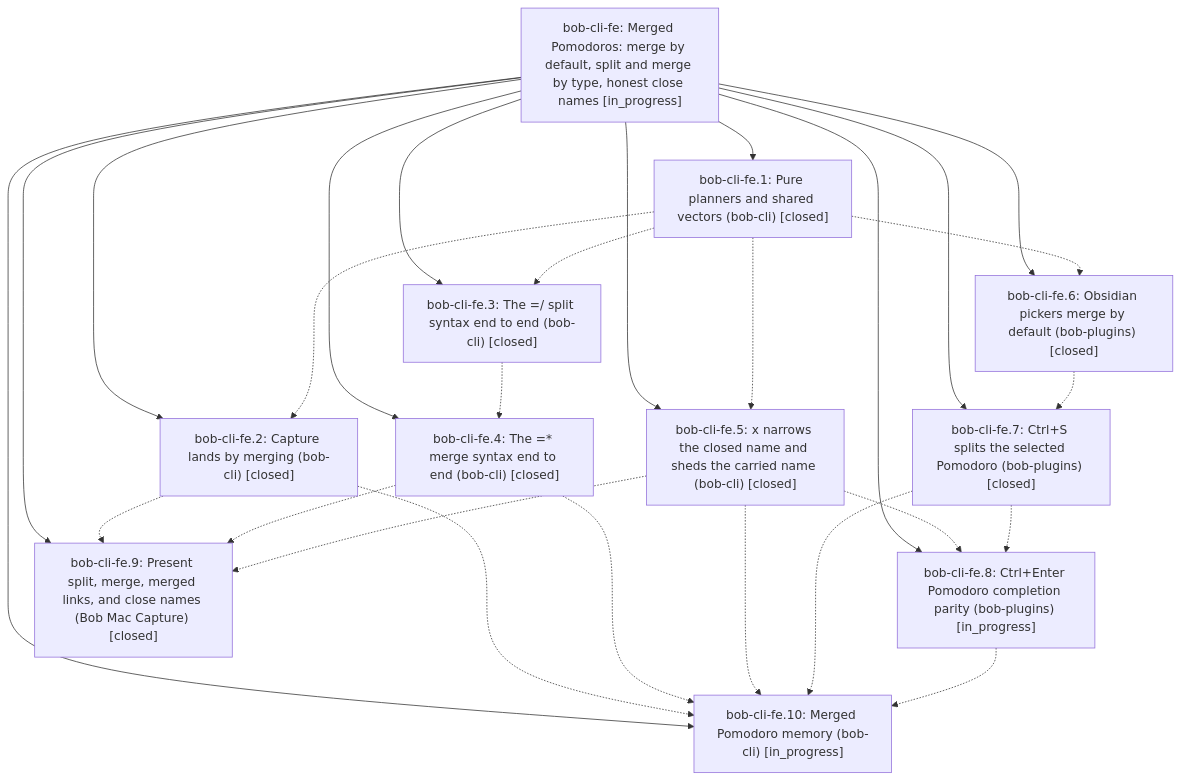
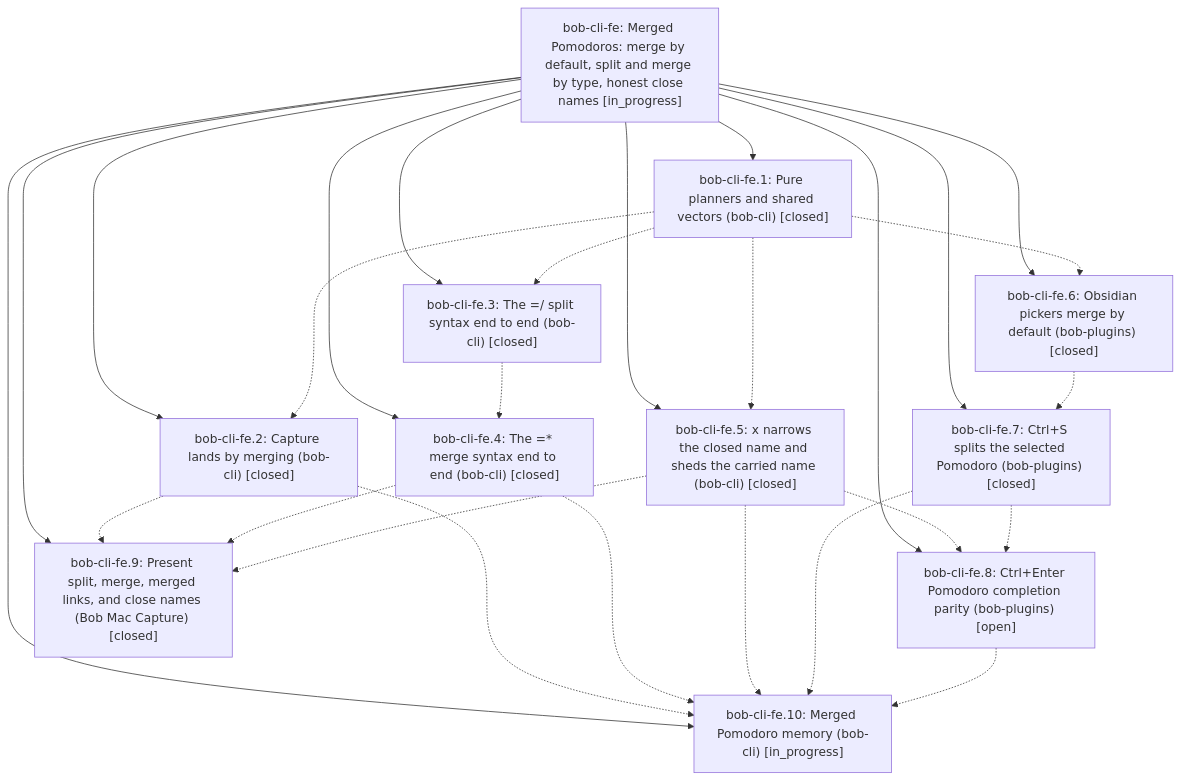
Before and after one commit to bobs-org/bob-cli--beads: the diagram in pages/bob-cli-fe/README.md, drawn with Mermaid. The commit also changed other lines of this file and 4 other files, not shown here.

First line of the commit message:
chore(beads): sync bead state and pages for bob-cli-fe

````diff
--- a/pages/bob-cli-fe/README.md
+++ b/pages/bob-cli-fe/README.md
@@ -53,40 +53,40 @@
 ```mermaid
 flowchart TD
     n0["bob-cli-fe: Merged Pomodoros: merge by default, split and merge by type, honest close names [in_progress]"]
     n1["bob-cli-fe.1: Pure planners and shared vectors (bob-cli) [closed]"]
     n2["bob-cli-fe.10: Merged Pomodoro memory (bob-cli) [in_progress]"]
     n3["bob-cli-fe.2: Capture lands by merging (bob-cli) [closed]"]
     n4["bob-cli-fe.3: The =/ split syntax end to end (bob-cli) [closed]"]
     n5["bob-cli-fe.4: The =* merge syntax end to end (bob-cli) [closed]"]
     n6["bob-cli-fe.5: x narrows the closed name and sheds the carried name (bob-cli) [closed]"]
     n7["bob-cli-fe.6: Obsidian pickers merge by default (bob-plugins) [closed]"]
     n8["bob-cli-fe.7: Ctrl+S splits the selected Pomodoro (bob-plugins) [closed]"]
-    n9["bob-cli-fe.8: Ctrl+Enter Pomodoro completion parity (bob-plugins) [in_progress]"]
+    n9["bob-cli-fe.8: Ctrl+Enter Pomodoro completion parity (bob-plugins) [open]"]
     n10["bob-cli-fe.9: Present split, merge, merged links, and close names (Bob Mac Capture) [closed]"]
     n0 --> n1
     n0 --> n2
     n0 --> n3
     n0 --> n4
     n0 --> n5
     n0 --> n6
     n0 --> n7
     n0 --> n8
     n0 --> n9
     n0 --> n10
     n1 -.-> n3
     n1 -.-> n4
     n1 -.-> n6
     n1 -.-> n7
     n3 -.-> n2
     n3 -.-> n10
     n4 -.-> n5
     n5 -.-> n2
     n5 -.-> n10
     n6 -.-> n2
     n6 -.-> n9
     n6 -.-> n10
     n7 -.-> n8
     n8 -.-> n2
     n8 -.-> n9
     n9 -.-> n2
 ```
````
